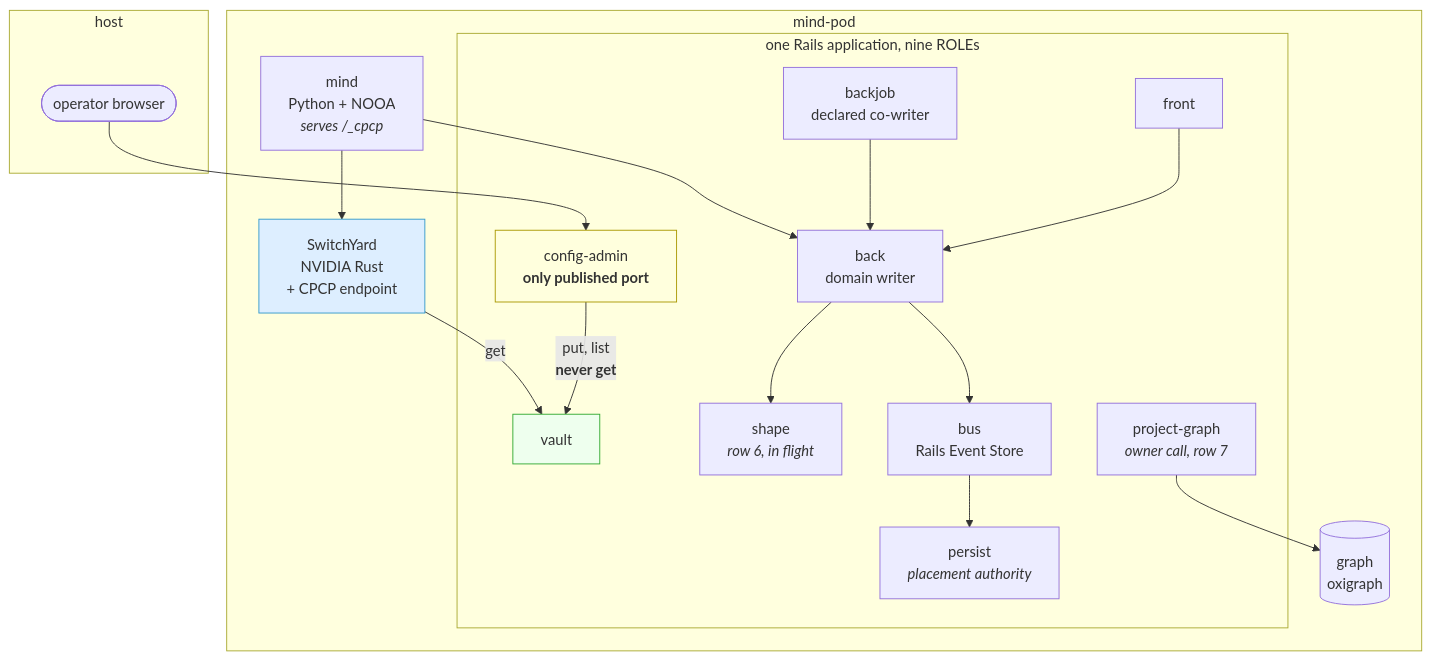
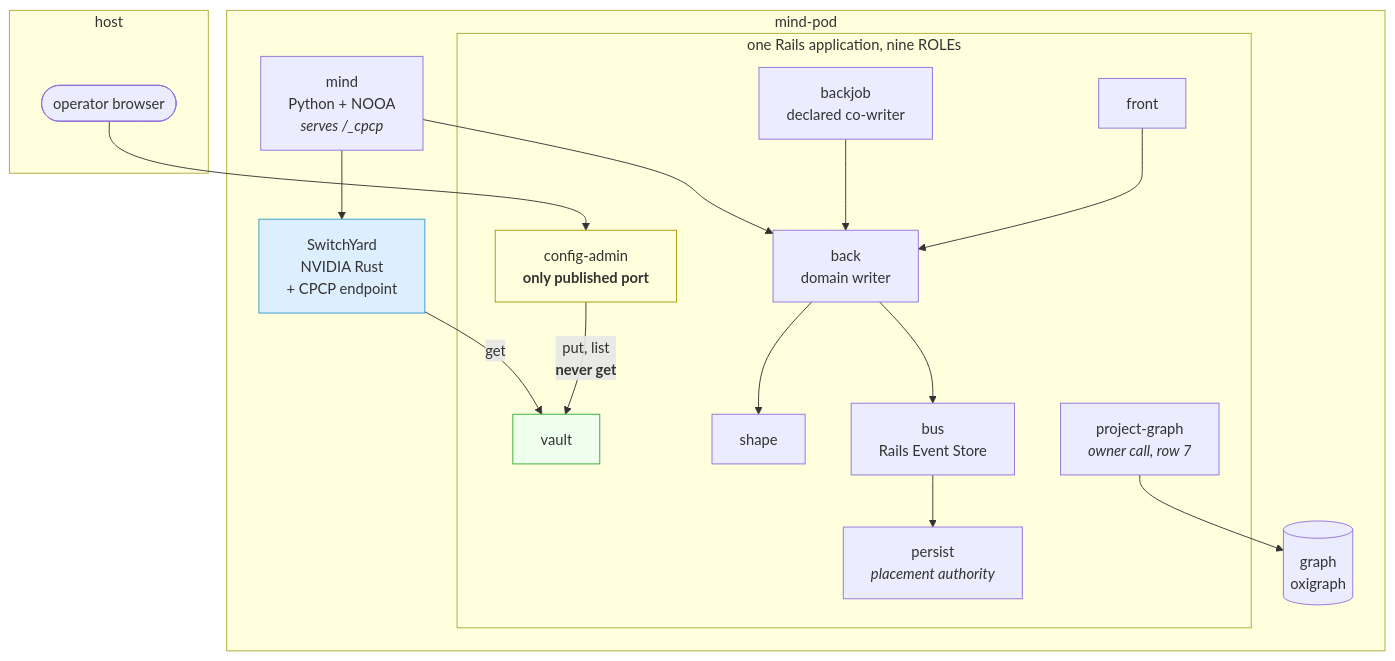
Before and after one commit to laquereric/magentic-stack: the second of 6 diagrams in docs/architecture/ContainerTopology.md, drawn with Mermaid. The commit also changed other lines of this file and 1 other file, not shown here.

First line of the commit message:
docs: close row 6, and re-measure topology to nine containers

````diff
--- a/docs/architecture/ContainerTopology.md
+++ b/docs/architecture/ContainerTopology.md
@@ -81,37 +83,37 @@
 ```mermaid
 graph TB
   subgraph host["host"]
     H(["operator browser"])
   end
   subgraph pod["mind-pod"]
     subgraph rails["one Rails application, nine ROLEs"]
       CONFIG["config-admin<br/><b>only published port</b>"]
       FRONT["front"]
       BACK["back<br/>domain writer"]
       BACKJOB["backjob<br/>declared co-writer"]
       VAULT["vault"]
-      SHAPE["shape<br/><i>row 6, in flight</i>"]
+      SHAPE["shape"]
       PROJ["project-graph<br/><i>owner call, row 7</i>"]
       PERSIST["persist<br/><i>placement authority</i>"]
       BUS["bus<br/>Rails Event Store"]
     end
     MIND["mind<br/>Python + NOOA<br/><i>serves /_cpcp</i>"]
     SY["SwitchYard<br/>NVIDIA Rust<br/>+ CPCP endpoint"]
     GRAPH[("graph<br/>oxigraph")]
   end
   H --> CONFIG
   CONFIG -->|"put, list<br/><b>never get</b>"| VAULT
   SY -->|"get"| VAULT
   FRONT --> BACK
   BACKJOB --> BACK
   MIND --> BACK
   MIND --> SY
   BACK --> BUS
   BUS --> PERSIST
   PROJ --> GRAPH
   BACK --> SHAPE
 
   style CONFIG fill:#ffd,stroke:#a90
   style VAULT fill:#efe,stroke:#3a3
   style SY fill:#def,stroke:#39c
 ```
````
